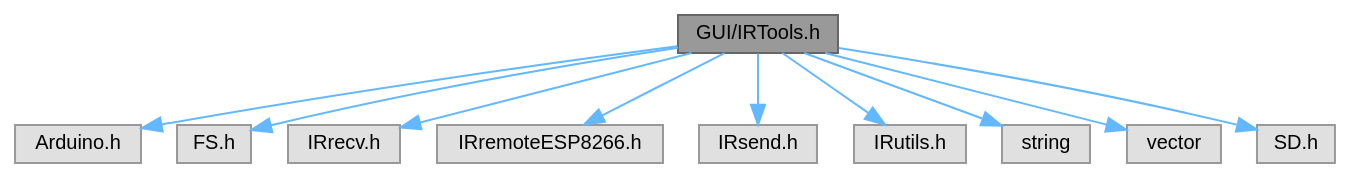
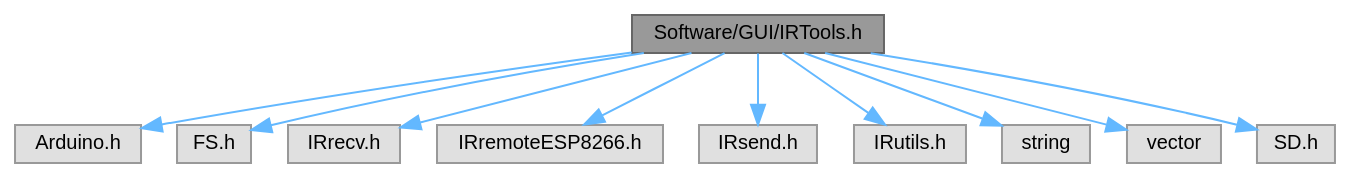
One commit to Jonathan-0101/skeletonKey changed the diagram in GUI_2IRTools_8h__incl.dot. Above: the diagram before and after it, drawn with Graphviz. The commit also changed 57 other files, not shown here.

```diff
--- a/GUI_2IRTools_8h__incl.dot
+++ b/GUI_2IRTools_8h__incl.dot
@@ -1,26 +1,26 @@
-digraph "GUI/IRTools.h"
+digraph "Software/GUI/IRTools.h"
 {
  // LATEX_PDF_SIZE
   bgcolor="transparent";
   edge [fontname=Helvetica,fontsize=10,labelfontname=Helvetica,labelfontsize=10];
   node [fontname=Helvetica,fontsize=10,shape=box,height=0.2,width=0.4];
-  Node1 [id="Node000001",label="GUI/IRTools.h",height=0.2,width=0.4,color="gray40", fillcolor="grey60", style="filled", fontcolor="black",tooltip="Library for IR attack tools."];
+  Node1 [id="Node000001",label="Software/GUI/IRTools.h",height=0.2,width=0.4,color="gray40", fillcolor="grey60", style="filled", fontcolor="black",tooltip="Library for IR attack tools."];
   Node1 -> Node2 [id="edge1_Node000001_Node000002",color="steelblue1",style="solid",tooltip=" "];
   Node2 [id="Node000002",label="Arduino.h",height=0.2,width=0.4,color="grey60", fillcolor="#E0E0E0", style="filled",tooltip=" "];
   Node1 -> Node3 [id="edge2_Node000001_Node000003",color="steelblue1",style="solid",tooltip=" "];
   Node3 [id="Node000003",label="FS.h",height=0.2,width=0.4,color="grey60", fillcolor="#E0E0E0", style="filled",tooltip=" "];
   Node1 -> Node4 [id="edge3_Node000001_Node000004",color="steelblue1",style="solid",tooltip=" "];
   Node4 [id="Node000004",label="IRrecv.h",height=0.2,width=0.4,color="grey60", fillcolor="#E0E0E0", style="filled",tooltip=" "];
   Node1 -> Node5 [id="edge4_Node000001_Node000005",color="steelblue1",style="solid",tooltip=" "];
   Node5 [id="Node000005",label="IRremoteESP8266.h",height=0.2,width=0.4,color="grey60", fillcolor="#E0E0E0", style="filled",tooltip=" "];
   Node1 -> Node6 [id="edge5_Node000001_Node000006",color="steelblue1",style="solid",tooltip=" "];
   Node6 [id="Node000006",label="IRsend.h",height=0.2,width=0.4,color="grey60", fillcolor="#E0E0E0", style="filled",tooltip=" "];
   Node1 -> Node7 [id="edge6_Node000001_Node000007",color="steelblue1",style="solid",tooltip=" "];
   Node7 [id="Node000007",label="IRutils.h",height=0.2,width=0.4,color="grey60", fillcolor="#E0E0E0", style="filled",tooltip=" "];
   Node1 -> Node8 [id="edge7_Node000001_Node000008",color="steelblue1",style="solid",tooltip=" "];
   Node8 [id="Node000008",label="string",height=0.2,width=0.4,color="grey60", fillcolor="#E0E0E0", style="filled",tooltip=" "];
   Node1 -> Node9 [id="edge8_Node000001_Node000009",color="steelblue1",style="solid",tooltip=" "];
   Node9 [id="Node000009",label="vector",height=0.2,width=0.4,color="grey60", fillcolor="#E0E0E0", style="filled",tooltip=" "];
   Node1 -> Node10 [id="edge9_Node000001_Node000010",color="steelblue1",style="solid",tooltip=" "];
   Node10 [id="Node000010",label="SD.h",height=0.2,width=0.4,color="grey60", fillcolor="#E0E0E0", style="filled",tooltip=" "];
 }
```
